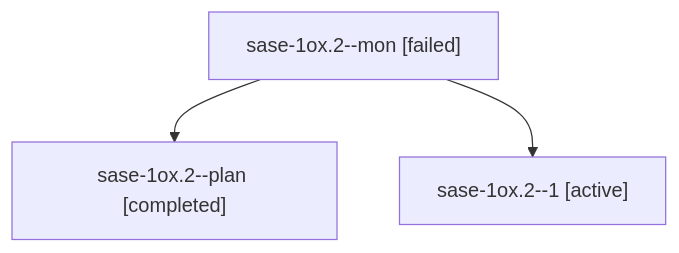
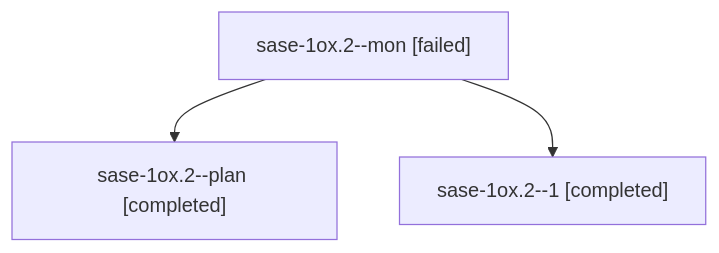
One commit to sase-org/sase--agents changed the diagram in sessions/bbugyi200.athena.sase-1ox.2.md. Above: the diagram before and after it, drawn with Mermaid. The commit also changed other lines of this file and 27 other files, not shown here.

````diff
--- a/sessions/bbugyi200.athena.sase-1ox.2.md
+++ b/sessions/bbugyi200.athena.sase-1ox.2.md
@@ -9,8 +9,8 @@
 ```mermaid
 flowchart TD
   n0["sase-1ox.2--mon [failed]"]
   n1["sase-1ox.2--plan [completed]"]
   n0 --> n1
-  n2["sase-1ox.2--1 [active]"]
+  n2["sase-1ox.2--1 [completed]"]
   n0 --> n2
 ```
````
